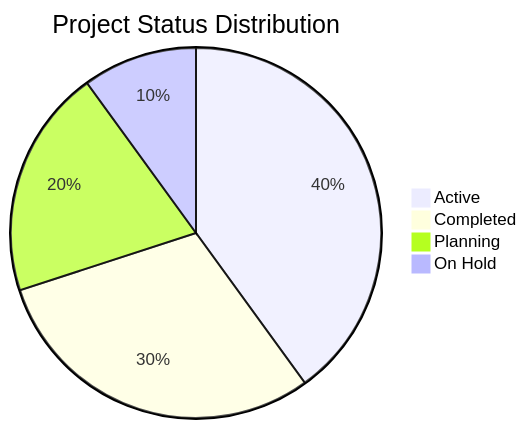
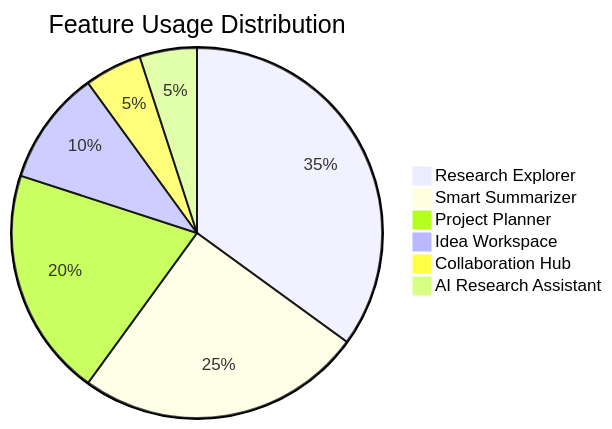
One commit to Kedhareswer/thesisflow-ai changed the second of 3 diagrams in README.md. Above: the diagram before and after it, drawn with Mermaid. The commit also changed other lines of this file, not shown here.

````diff
--- a/README.md
+++ b/README.md
@@ -82,7 +207,9 @@
 ```mermaid
-pie title Project Status Distribution
-    "Active" : 40
-    "Completed" : 30
-    "Planning" : 20
-    "On Hold" : 10
+pie title Feature Usage Distribution
+    "Research Explorer" : 35
+    "Smart Summarizer" : 25
+    "Project Planner" : 20
+    "Idea Workspace" : 10
+    "Collaboration Hub" : 5
+    "AI Research Assistant" : 5
 ```
````
